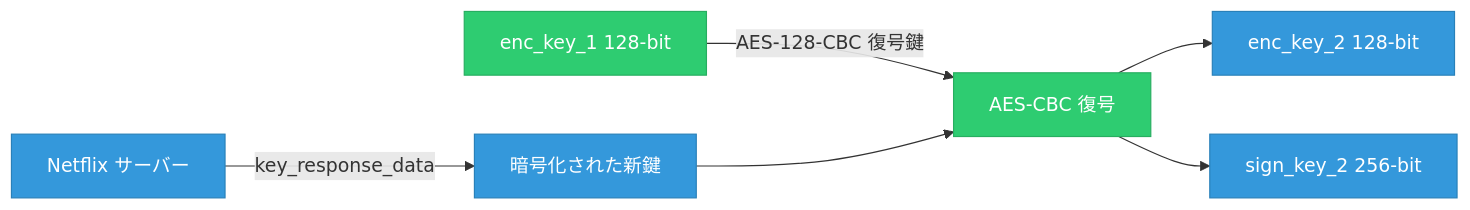
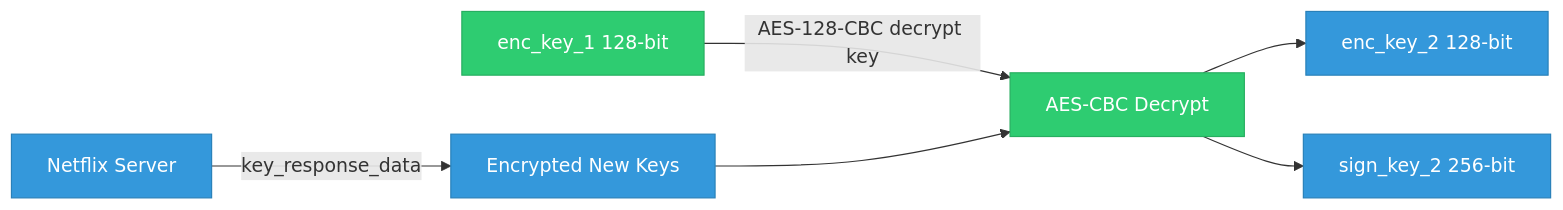
Before and after one commit to qtmleap/revkit: the fifth of 9 diagrams in docs/spec/msl_key_relationship.md, drawn with Mermaid. The commit also changed other lines of this file, not shown here.

First line of the commit message:
docs(spec): Mermaid 図のラベルを全て英語に変更

````diff
--- a/docs/spec/msl_key_relationship.md
+++ b/docs/spec/msl_key_relationship.md
@@ -104,15 +104,15 @@
 ```mermaid
 graph LR
-    SERVER["Netflix サーバー"] -->|key_response_data| KRD["暗号化された新鍵"]
-    ENC1["enc_key_1 128-bit"] -->|AES-128-CBC 復号鍵| DECRYPT["AES-CBC 復号"]
+    SERVER["Netflix Server"] -->|key_response_data| KRD["Encrypted New Keys"]
+    ENC1["enc_key_1 128-bit"] -->|AES-128-CBC decrypt key| DECRYPT["AES-CBC Decrypt"]
     KRD --> DECRYPT
     DECRYPT --> ENC2["enc_key_2 128-bit"]
     DECRYPT --> SIGN2["sign_key_2 256-bit"]
 
     style SERVER fill:#3498db,stroke:#2980b9,color:#fff
     style KRD fill:#3498db,stroke:#2980b9,color:#fff
     style ENC1 fill:#2ecc71,stroke:#27ae60,color:#fff
     style DECRYPT fill:#2ecc71,stroke:#27ae60,color:#fff
     style ENC2 fill:#3498db,stroke:#2980b9,color:#fff
     style SIGN2 fill:#3498db,stroke:#2980b9,color:#fff
 ```
````
